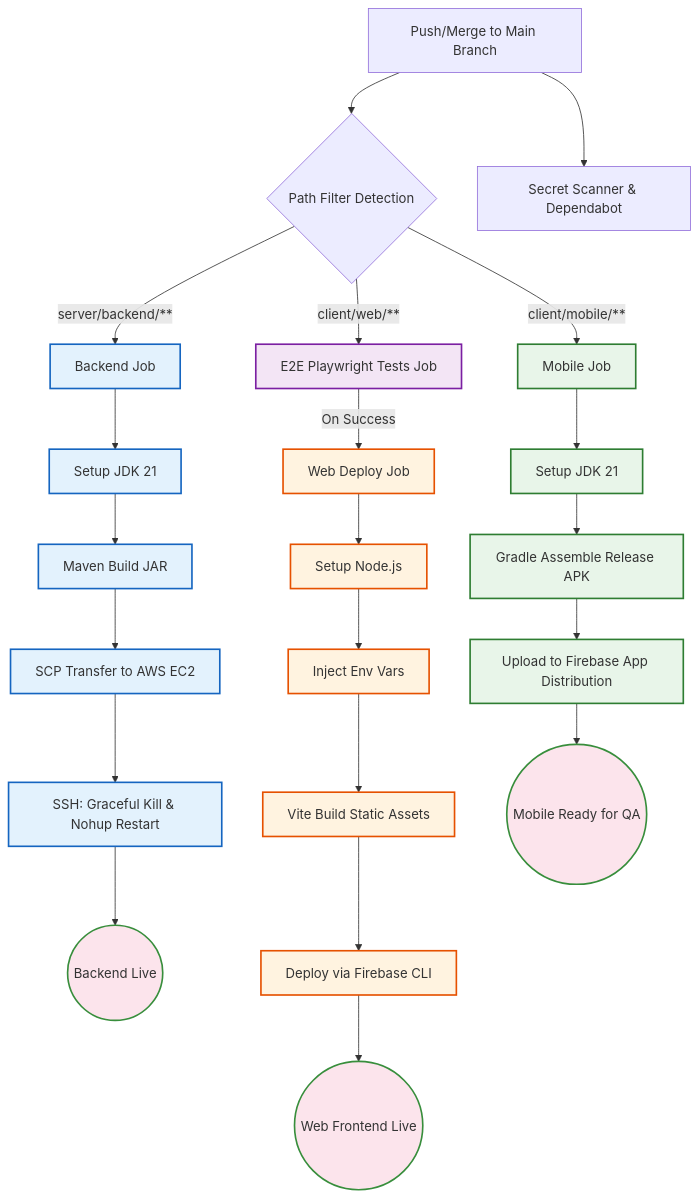
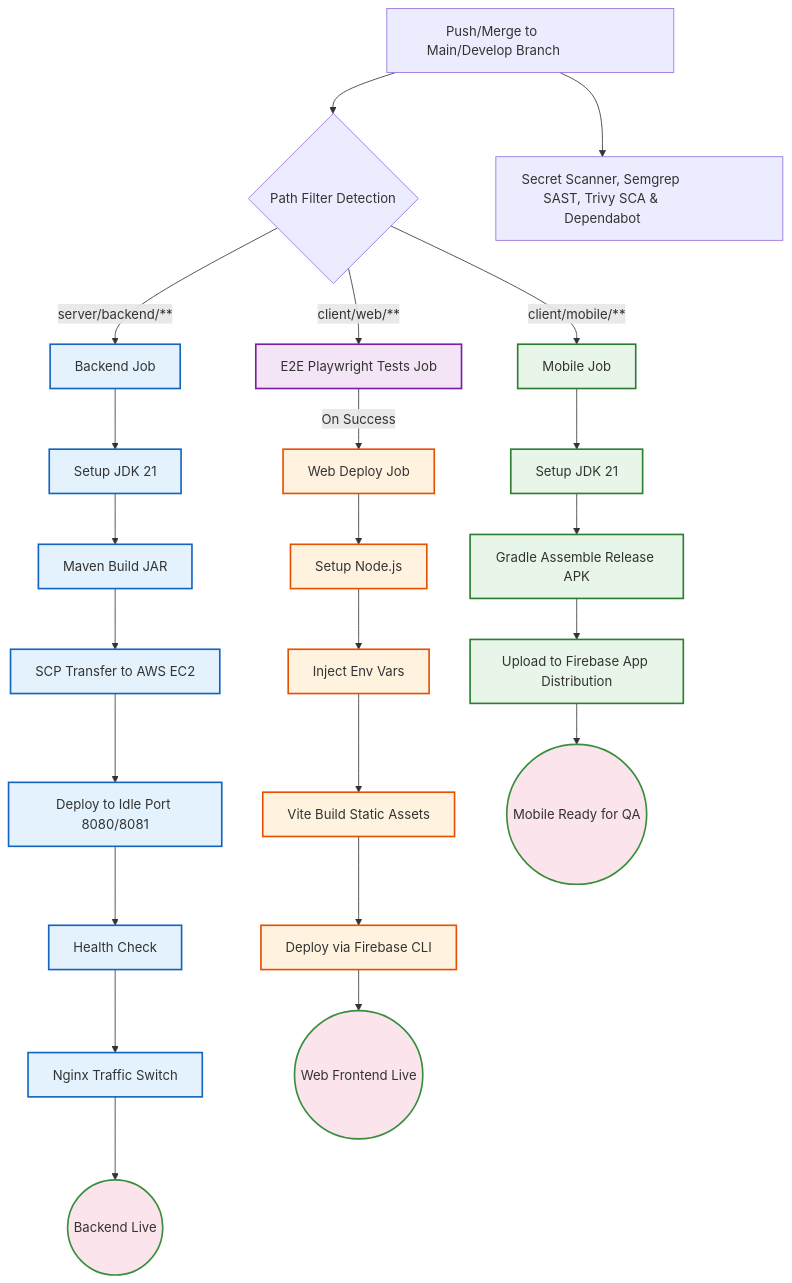
One commit to CanMakan-Team/CanMakan changed the diagram in CiCd Pipeline Architecture.md. Above: the diagram before and after it, drawn with Mermaid. The commit also changed other lines of this file, not shown here.

First line of the commit message:
CMK-55 Update CI/CD pipeline architecture documentation

````diff
--- a/CiCd Pipeline Architecture.md
+++ b/CiCd Pipeline Architecture.md
@@ -50,46 +51,51 @@
 ```mermaid
 graph TD
-    A[Push/Merge to Main Branch] --> B{Path Filter Detection}
+    A[Push/Merge to Main/Develop Branch] --> B{Path Filter Detection}
 
     %% Security Flow
-    A --> S[Secret Scanner & Dependabot]
+    A --> S[Secret Scanner, Semgrep SAST, Trivy SCA & Dependabot]
+
+    classDef wideBox width:350px;
+    class A,S wideBox;
 
     %% Backend Flow
     B -->|server/backend/**| C[Backend Job]
     C --> D[Setup JDK 21]
     D --> E[Maven Build JAR]
     E --> F[SCP Transfer to AWS EC2]
-    F --> G[SSH: Graceful Kill & Nohup Restart]
-    G --> H((Backend Live))
+    F --> G[Deploy to Idle Port 8080/8081]
+    G --> H[Health Check]
+    H --> H2[Nginx Traffic Switch]
+    H2 --> LIVE_B((Backend Live))
 
     %% Web Flow
     B -->|client/web/**| W_E2E[E2E Playwright Tests Job]
     W_E2E -->|On Success| I[Web Deploy Job]
     I --> J[Setup Node.js]
     J --> K[Inject Env Vars]
     K --> L[Vite Build Static Assets]
     L --> M[Deploy via Firebase CLI]
     M --> N((Web Frontend Live))
 
     %% Mobile Flow
     B -->|client/mobile/**| O[Mobile Job]
     O --> P[Setup JDK 21]
     P --> Q[Gradle Assemble Release APK]
     Q --> R[Upload to Firebase App Distribution]
     R --> T((Mobile Ready for QA))
 
     %% Styling Classes
     classDef backend fill:#e3f2fd,stroke:#1565c0,stroke-width:2px,color:#333;
     classDef web fill:#fff3e0,stroke:#e65100,stroke-width:2px,color:#333;
     classDef mobile fill:#e8f5e9,stroke:#2e7d32,stroke-width:2px,color:#333;
     classDef live fill:#fce4ec,stroke:#388e3c,stroke-width:2px,color:#333;
     classDef testing fill:#f3e5f5,stroke:#7b1fa2,stroke-width:2px,color:#333;
 
     %% Class Assignments
-    class C,D,E,F,G backend;
+    class C,D,E,F,G,H,H2 backend;
     class I,J,K,L,M web;
     class W_E2E testing;
     class O,P,Q,R mobile;
-    class H,N,T live;
+    class LIVE_B,N,T live;
 
 ```
````
